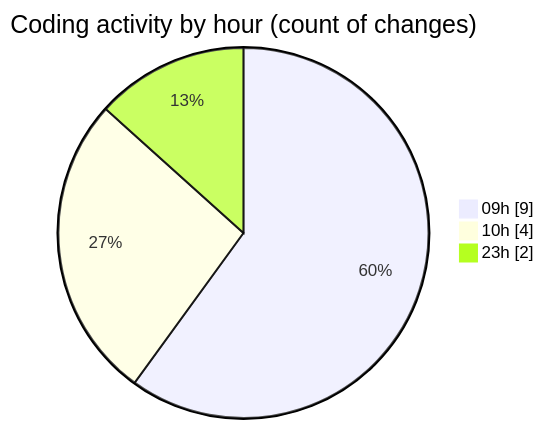
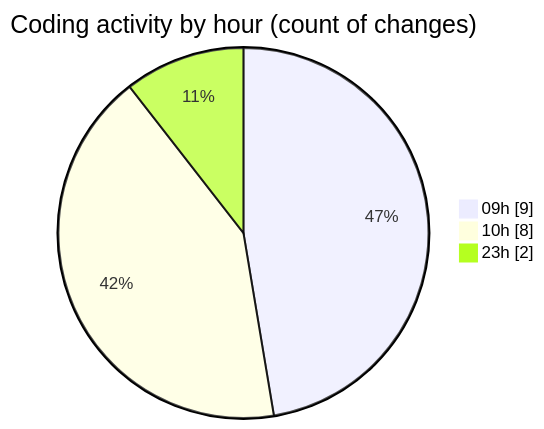
The second of 2 diagrams in 2025-05-19/niten/README.md (Elitesun/code-tracking), drawn with Mermaid before and after one commit. The commit also changed other lines of this file and 1 other file, not shown here.

````diff
--- a/2025-05-19/niten/README.md
+++ b/2025-05-19/niten/README.md
@@ -33,7 +33,7 @@
 ```mermaid
 pie showData
 title Coding activity by hour (count of changes)
 "09h" : 9
-"10h" : 4
+"10h" : 8
 "23h" : 2
 ```
````
